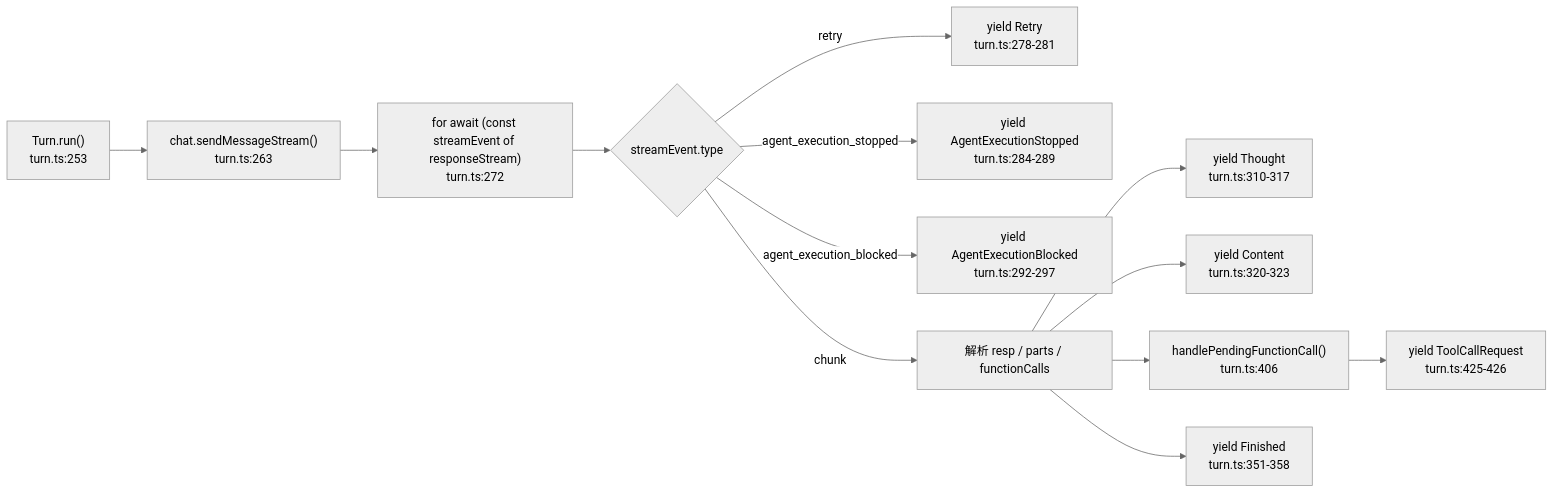
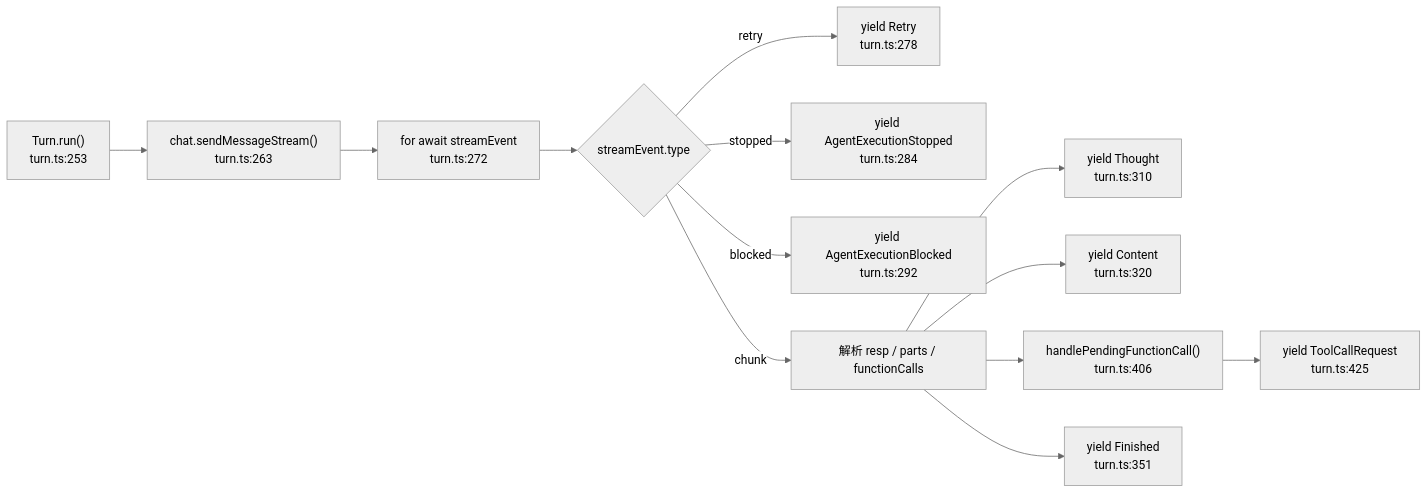
One commit to feuyeux/hello-olleh changed the fourth of 6 diagrams in hello-gemini-cli/03-agent-loop.md. Above: the diagram before and after it, drawn with Mermaid. The commit also changed other lines of this file and 120 other files, not shown here.

````diff
--- a/hello-gemini-cli/03-agent-loop.md
+++ b/hello-gemini-cli/03-agent-loop.md
@@ -224,16 +157,16 @@
 ```mermaid
 %%{init: {'theme': 'neutral'}}%%
 flowchart LR
     A["Turn.run()<br/>turn.ts:253"] --> B["chat.sendMessageStream()<br/>turn.ts:263"]
-    B --> C["for await (const streamEvent of responseStream)<br/>turn.ts:272"]
+    B --> C["for await streamEvent<br/>turn.ts:272"]
     C --> D{"streamEvent.type"}
-    D -->|retry| E["yield Retry<br/>turn.ts:278-281"]
-    D -->|agent_execution_stopped| F["yield AgentExecutionStopped<br/>turn.ts:284-289"]
-    D -->|agent_execution_blocked| G["yield AgentExecutionBlocked<br/>turn.ts:292-297"]
+    D -->|retry| E["yield Retry<br/>turn.ts:278"]
+    D -->|stopped| F["yield AgentExecutionStopped<br/>turn.ts:284"]
+    D -->|blocked| G["yield AgentExecutionBlocked<br/>turn.ts:292"]
     D -->|chunk| H["解析 resp / parts / functionCalls"]
-    H --> I["yield Thought<br/>turn.ts:310-317"]
-    H --> J["yield Content<br/>turn.ts:320-323"]
+    H --> I["yield Thought<br/>turn.ts:310"]
+    H --> J["yield Content<br/>turn.ts:320"]
     H --> K["handlePendingFunctionCall()<br/>turn.ts:406"]
-    K --> L["yield ToolCallRequest<br/>turn.ts:425-426"]
-    H --> M["yield Finished<br/>turn.ts:351-358"]
+    K --> L["yield ToolCallRequest<br/>turn.ts:425"]
+    H --> M["yield Finished<br/>turn.ts:351"]
 ```
````
